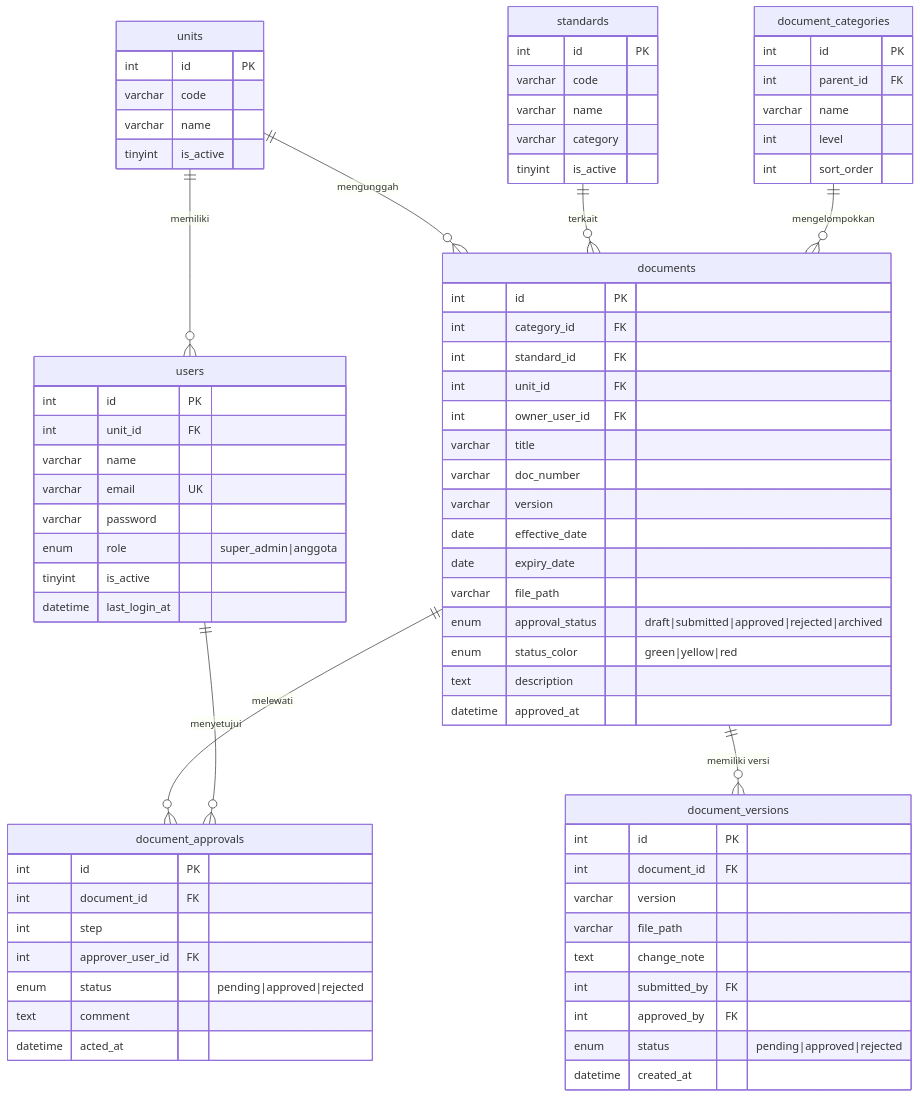
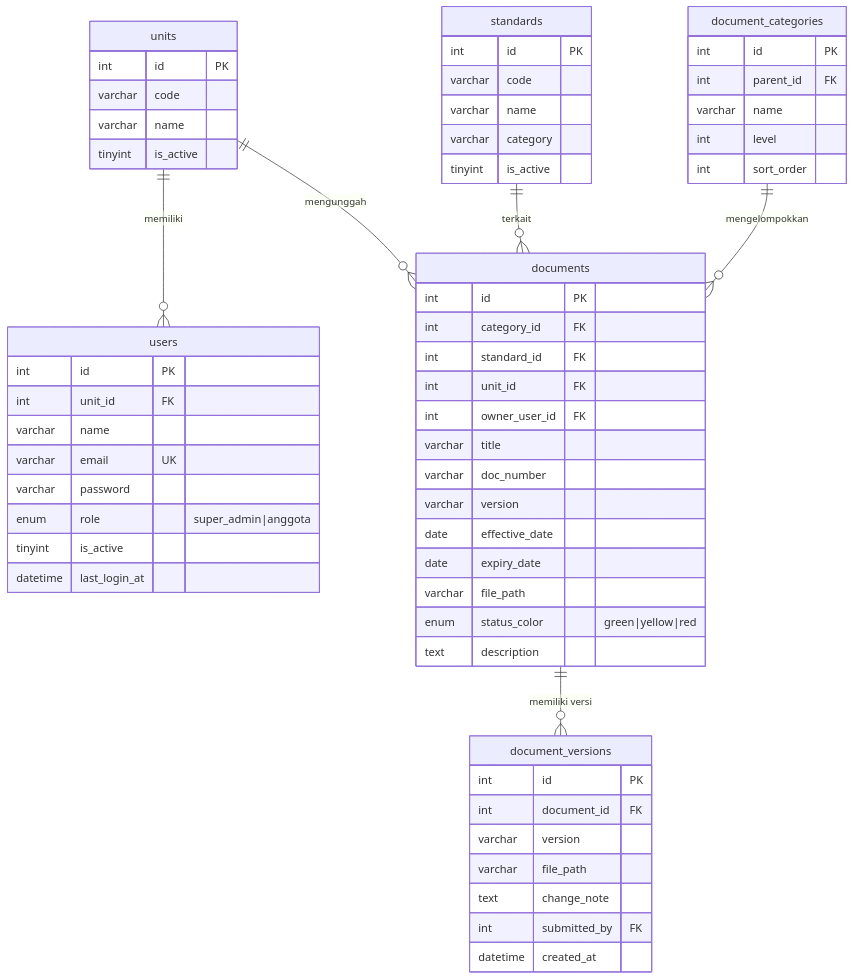
One commit to Gias-Wijaya/spmi-siklus-ppepp changed the first of 5 diagrams in sistem/desain/02-erd.md. Above: the diagram before and after it, drawn with Mermaid. The commit also changed other lines of this file and 52 other files, not shown here.

````diff
--- a/sistem/desain/02-erd.md
+++ b/sistem/desain/02-erd.md
@@ -68,78 +66,63 @@
 ```mermaid
 erDiagram
     units ||--o{ users : "memiliki"
     units ||--o{ documents : "mengunggah"
     standards ||--o{ documents : "terkait"
     document_categories ||--o{ documents : "mengelompokkan"
     documents ||--o{ document_versions : "memiliki versi"
-    documents ||--o{ document_approvals : "melewati"
-    users ||--o{ document_approvals : "menyetujui"
 
     units {
         int id PK
         varchar code
         varchar name
         tinyint is_active
     }
     users {
         int id PK
         int unit_id FK
         varchar name
         varchar email UK
         varchar password
         enum role "super_admin|anggota"
         tinyint is_active
         datetime last_login_at
     }
     standards {
         int id PK
         varchar code
         varchar name
         varchar category
         tinyint is_active
     }
     document_categories {
         int id PK
         int parent_id FK
         varchar name
         int level
         int sort_order
     }
     documents {
         int id PK
         int category_id FK
         int standard_id FK
         int unit_id FK
         int owner_user_id FK
         varchar title
         varchar doc_number
         varchar version
         date effective_date
         date expiry_date
         varchar file_path
-        enum approval_status "draft|submitted|approved|rejected|archived"
         enum status_color "green|yellow|red"
         text description
-        datetime approved_at
     }
     document_versions {
         int id PK
         int document_id FK
         varchar version
         varchar file_path
         text change_note
         int submitted_by FK
-        int approved_by FK
-        enum status "pending|approved|rejected"
         datetime created_at
     }
-    document_approvals {
-        int id PK
-        int document_id FK
-        int step
-        int approver_user_id FK
-        enum status "pending|approved|rejected"
-        text comment
-        datetime acted_at
-    }
 ```
````
